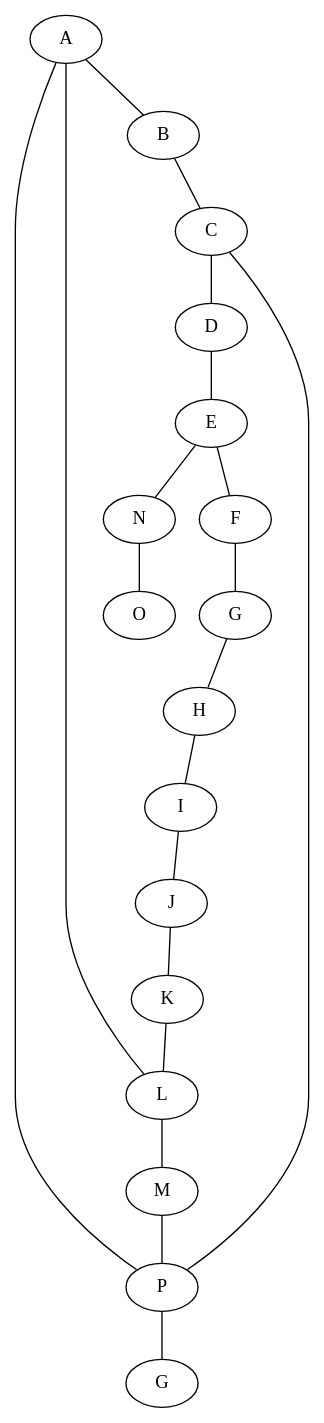
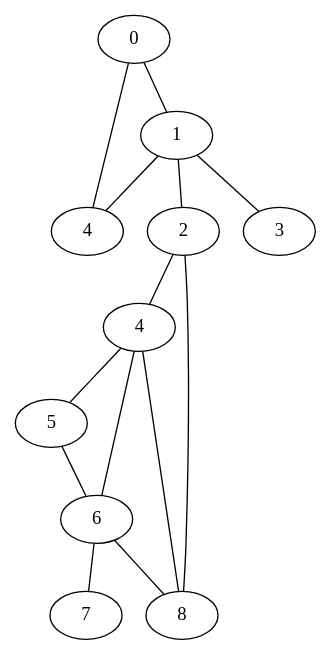
Before and after one commit to NickIT87/IAMM_proceedings: the diagram in Linguistic_representation_of_deterministic_graphs/simple.dot, drawn with Graphviz. The commit also changed 6 other files, not shown here.

```diff
--- a/Linguistic_representation_of_deterministic_graphs/simple.dot
+++ b/Linguistic_representation_of_deterministic_graphs/simple.dot
@@ -1,38 +1,25 @@
 strict graph  {
-0 [label=A];
-204 [label=B];
-205 [label=C];
-206 [label=D];
-207 [label=E];
-208 [label=F];
-209 [label=G];
-210 [label=H];
-211 [label=I];
-212 [label=J];
-213 [label=K];
-214 [label=L];
-215 [label=M];
-216 [label=P];
-229 [label=N];
-230 [label=O];
-232 [label=G];
-0 -- 204;
-0 -- 216;
-0 -- 214;
-204 -- 205;
-205 -- 206;
-205 -- 216;
-206 -- 207;
-207 -- 208;
-207 -- 229;
-208 -- 209;
-209 -- 210;
-210 -- 211;
-211 -- 212;
-212 -- 213;
-213 -- 214;
-214 -- 215;
-215 -- 216;
-216 -- 232;
-229 -- 230;
+0 [label=0];
+1 [label=1];
+2 [label=4];
+4 [label=2];
+5 [label=4];
+6 [label=5];
+7 [label=6];
+8 [label=8];
+34 [label=3];
+39 [label=7];
+0 -- 1;
+0 -- 2;
+1 -- 2;
+1 -- 4;
+1 -- 34;
+4 -- 5;
+4 -- 8;
+5 -- 6;
+5 -- 7;
+5 -- 8;
+6 -- 7;
+7 -- 8;
+7 -- 39;
 }
```
